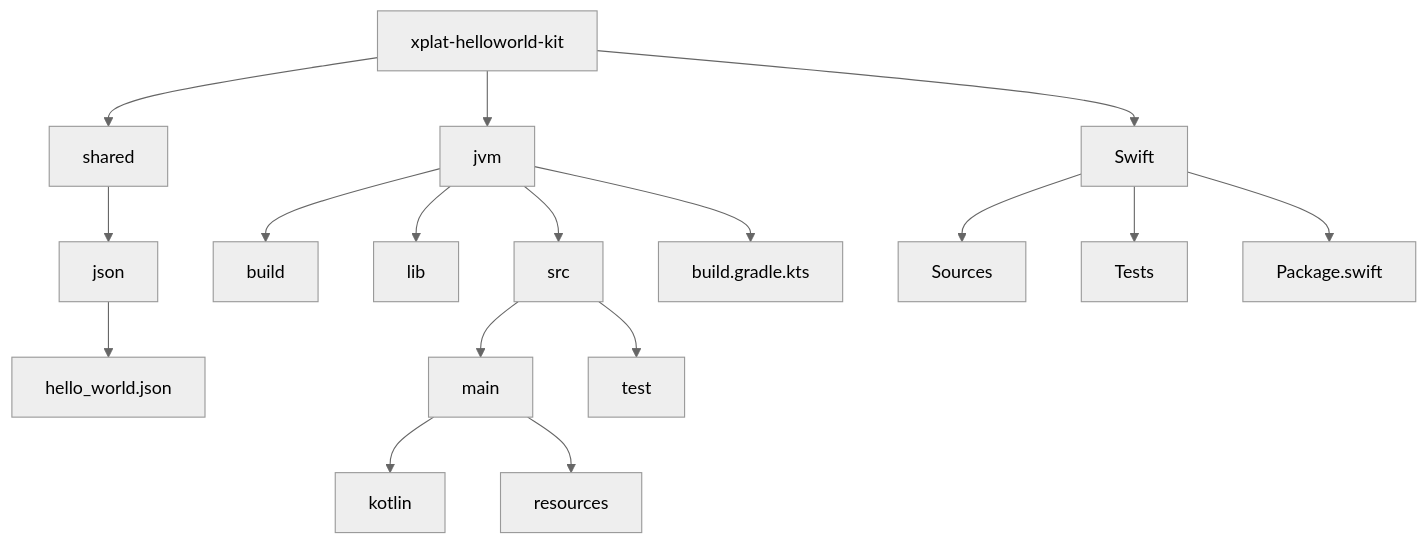
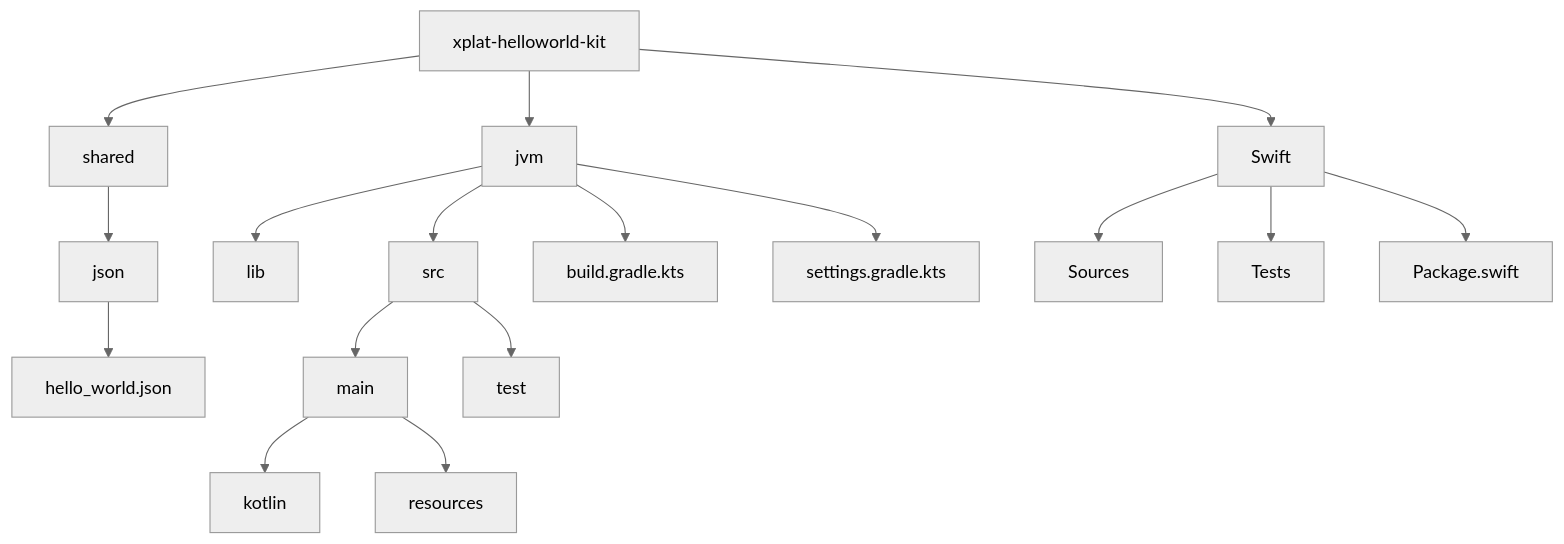
Before and after one commit to baksha97/xplat-helloworld-kit: the diagram in README.md, drawn with Mermaid (neutral theme).

Commit message:
README.md

````diff
--- a/README.md
+++ b/README.md
@@ -22,25 +22,25 @@
 ```mermaid
 graph TD;
     root[xplat-helloworld-kit]
     root --> jvm[jvm]
     root --> shared[shared]
     root --> swift[Swift]
     
     shared --> json[json]
     json --> hello_world[hello_world.json]
     
-    jvm --> build_jvm[build]
     jvm --> lib_jvm[lib]
     jvm --> src_jvm[src]
     jvm --> build_kts[build.gradle.kts]
+    jvm --> settings_kts[settings.gradle.kts]
 
     src_jvm --> main_jvm[main]
     src_jvm --> test_jvm[test]
     
     main_jvm --> kotlin_main[kotlin]
     main_jvm --> resources[resources]
     
     swift --> sources[Sources]
     swift --> tests[Tests]
     swift --> package[Package.swift]
 ```
````
